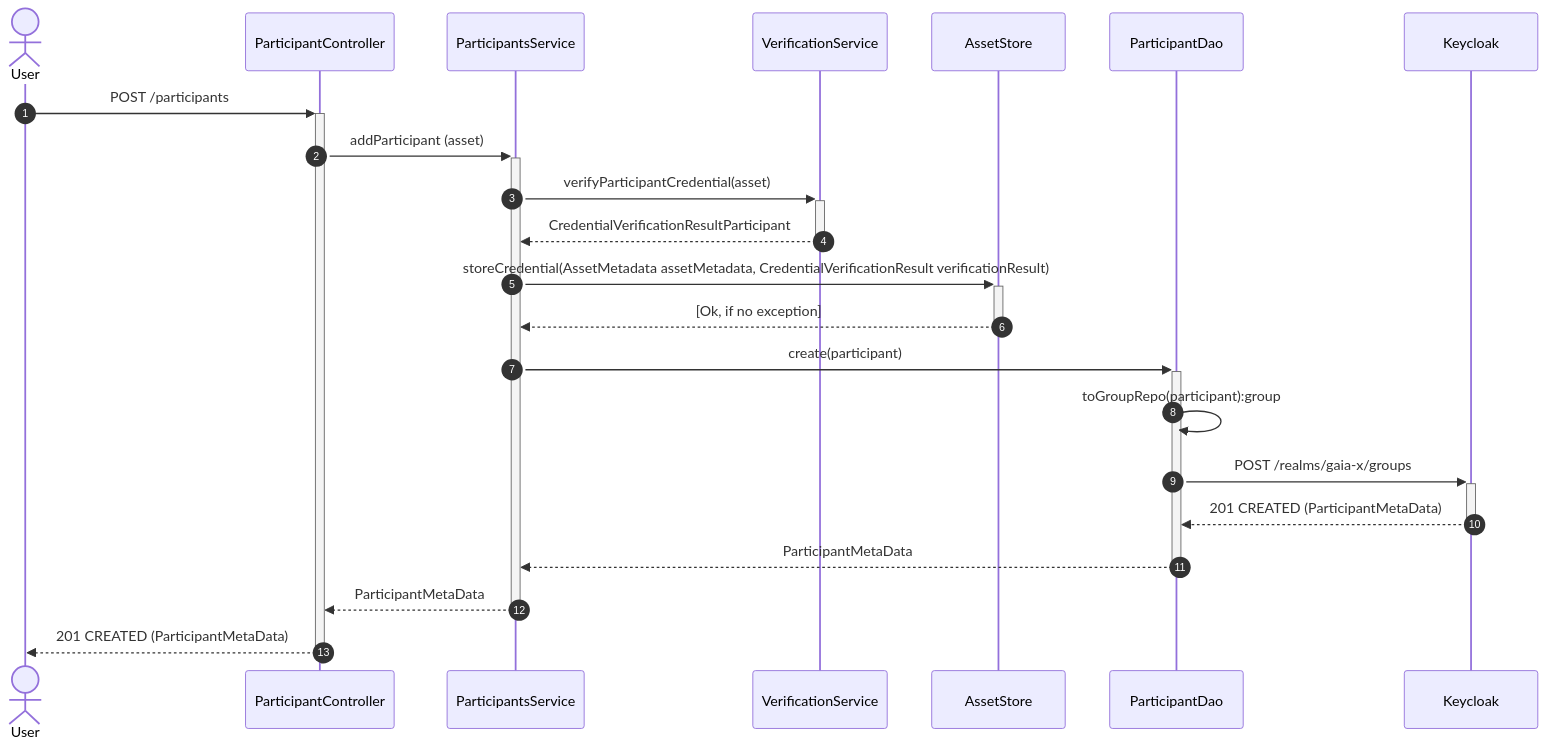
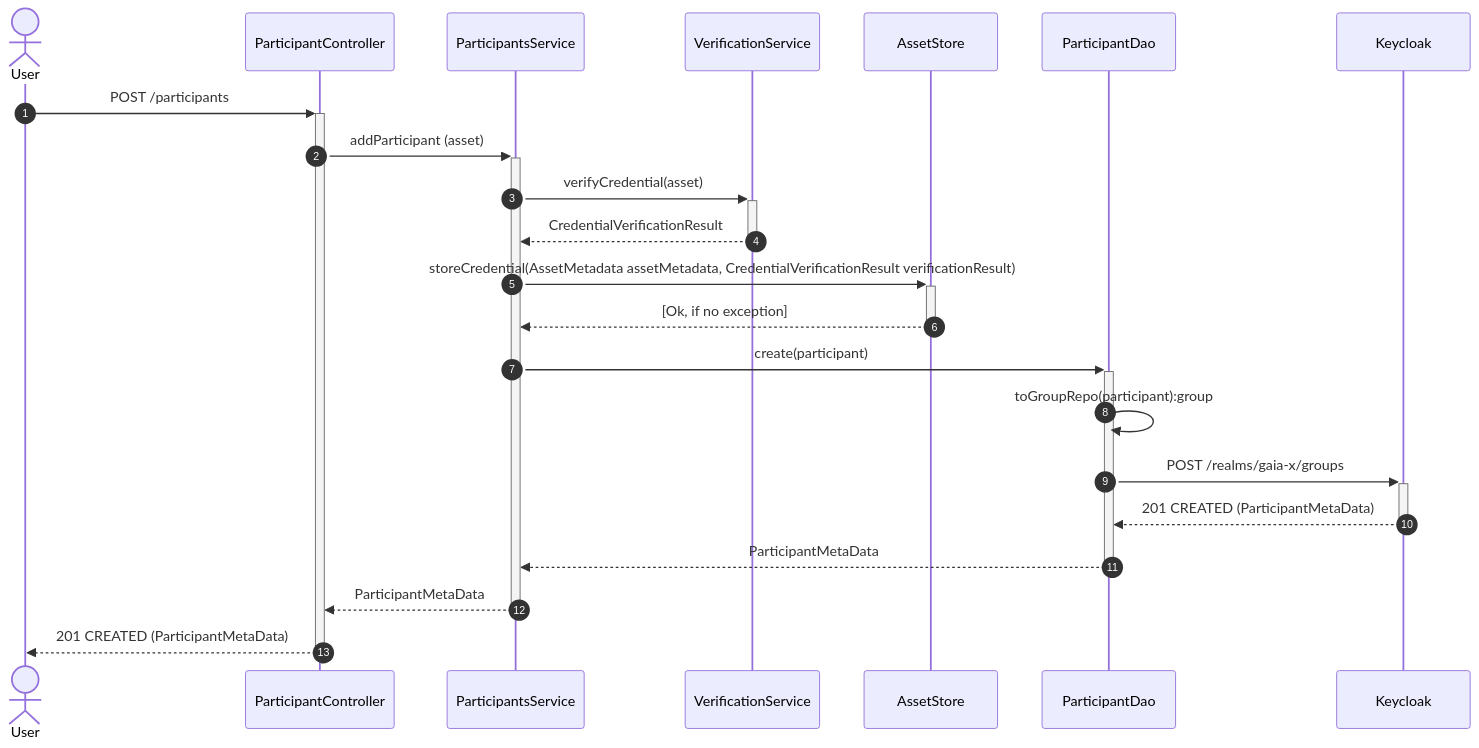
The fifth of 44 diagrams in federated-catalogue/src/docs/architecture/chapters/06_runtime_view.adoc (federated-catalogue-enhancements-2026/docs), drawn with Mermaid before and after one commit. The commit also changed other lines of this file and 3 other files, not shown here.

```diff
--- a/federated-catalogue/src/docs/architecture/chapters/06_runtime_view.adoc
+++ b/federated-catalogue/src/docs/architecture/chapters/06_runtime_view.adoc
@@ -164,26 +164,26 @@
 [mermaid, width=2000]
 ....
 sequenceDiagram
     autonumber
     actor User
     participant ParticipantController
     participant ParticipantsService
     participant VerificationService
     participant AssetStore as AssetStore
     participant ParticipantDao
     participant Keycloak
 
     User ->> + ParticipantController: POST /participants
     ParticipantController ->> + ParticipantsService: addParticipant (asset)
-    ParticipantsService ->> + VerificationService: verifyParticipantCredential(asset)
-    VerificationService -->> - ParticipantsService: CredentialVerificationResultParticipant
+    ParticipantsService ->> + VerificationService: verifyCredential(asset)
+    VerificationService -->> - ParticipantsService: CredentialVerificationResult
     ParticipantsService ->> + AssetStore: storeCredential(AssetMetadata assetMetadata, CredentialVerificationResult verificationResult)
     AssetStore -->> - ParticipantsService: [Ok, if no exception]
     ParticipantsService ->> + ParticipantDao: create(participant)
     ParticipantDao ->> ParticipantDao: toGroupRepo(participant):group
     ParticipantDao ->> + Keycloak: POST /realms/gaia-x/groups
     Keycloak -->> - ParticipantDao: 201 CREATED (ParticipantMetaData)
     ParticipantDao -->> - ParticipantsService: ParticipantMetaData
     ParticipantsService -->> - ParticipantController: ParticipantMetaData
     ParticipantController -->> - User: 201 CREATED (ParticipantMetaData)
 ....
```
